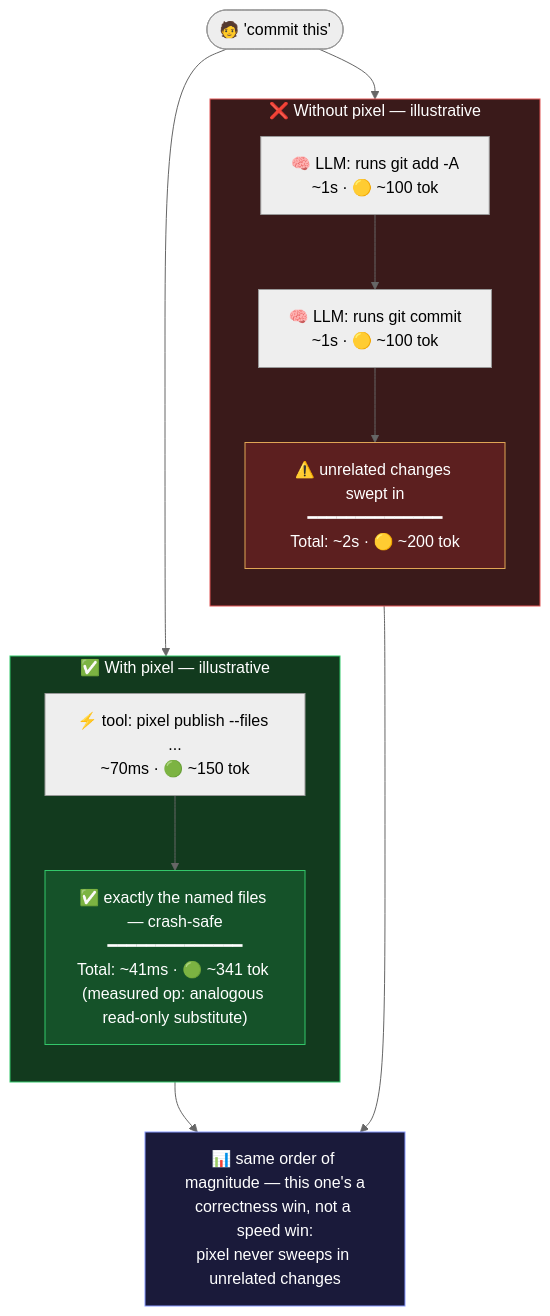
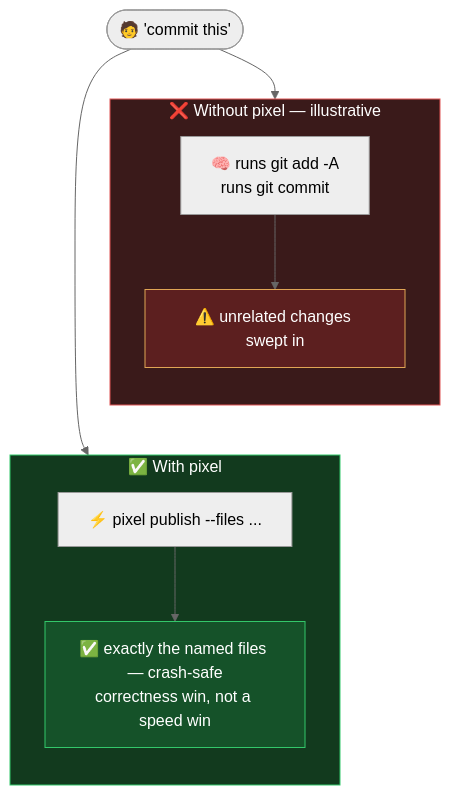
The diagram in docs/examples/09-publish-commit.mmd (Pixel-CLI/pixel), drawn with Mermaid (neutral theme) before and after one commit. The commit also changed 21 other files, not shown here.

Commit message:
docs: condense README, add origin story, refresh diagrams

```diff
--- a/docs/examples/09-publish-commit.mmd
+++ b/docs/examples/09-publish-commit.mmd
@@ -1,29 +1,21 @@
 flowchart TD
     Ask(["🧑 'commit this'"])
     Ask --> w1
     Ask --> p1
     w1 ~~~ p1
 
     subgraph W ["❌ Without pixel — illustrative"]
         direction TB
-        w1["🧠 LLM: runs git add -A<br/>~1s · 🟡 ~100 tok"] --> w2
-        w2["🧠 LLM: runs git commit<br/>~1s · 🟡 ~100 tok"]
-        w2 --> w5["⚠️ unrelated changes swept in<br/>━━━━━━━━━━━━━━<br/>Total: ~2s · 🟡 ~200 tok"]
+        w1["🧠 runs git add -A<br/>runs git commit"] --> w5["⚠️ unrelated changes swept in"]
     end
 
-    subgraph P ["✅ With pixel — illustrative"]
+    subgraph P ["✅ With pixel"]
         direction TB
-        p1["⚡ tool: pixel publish --files ...<br/>~70ms · 🟢 ~150 tok"]
-        p1 --> p3["✅ exactly the named files — crash-safe<br/>━━━━━━━━━━━━━━<br/>Total: ~41ms · 🟢 ~341 tok (measured op: analogous read-only substitute)"]
+        p1["⚡ pixel publish --files ..."] --> p3["✅ exactly the named files — crash-safe<br/>correctness win, not a speed win"]
     end
-
-    w5 --> Recap
-    p3 --> Recap
-    Recap["📊 same order of magnitude — this one's a<br/>correctness win, not a speed win:<br/>pixel never sweeps in unrelated changes"]
 
     style W fill:#3a1a1a,stroke:#e05555,color:#fff
     style P fill:#123a1e,stroke:#33c76a,color:#fff
     style w5 fill:#5c1f1f,stroke:#e0a555,color:#fff
     style p3 fill:#155229,stroke:#33c76a,color:#fff
-    style Recap fill:#1a1a3a,stroke:#8899ff,color:#fff
     linkStyle 2 stroke-width:0px
```
